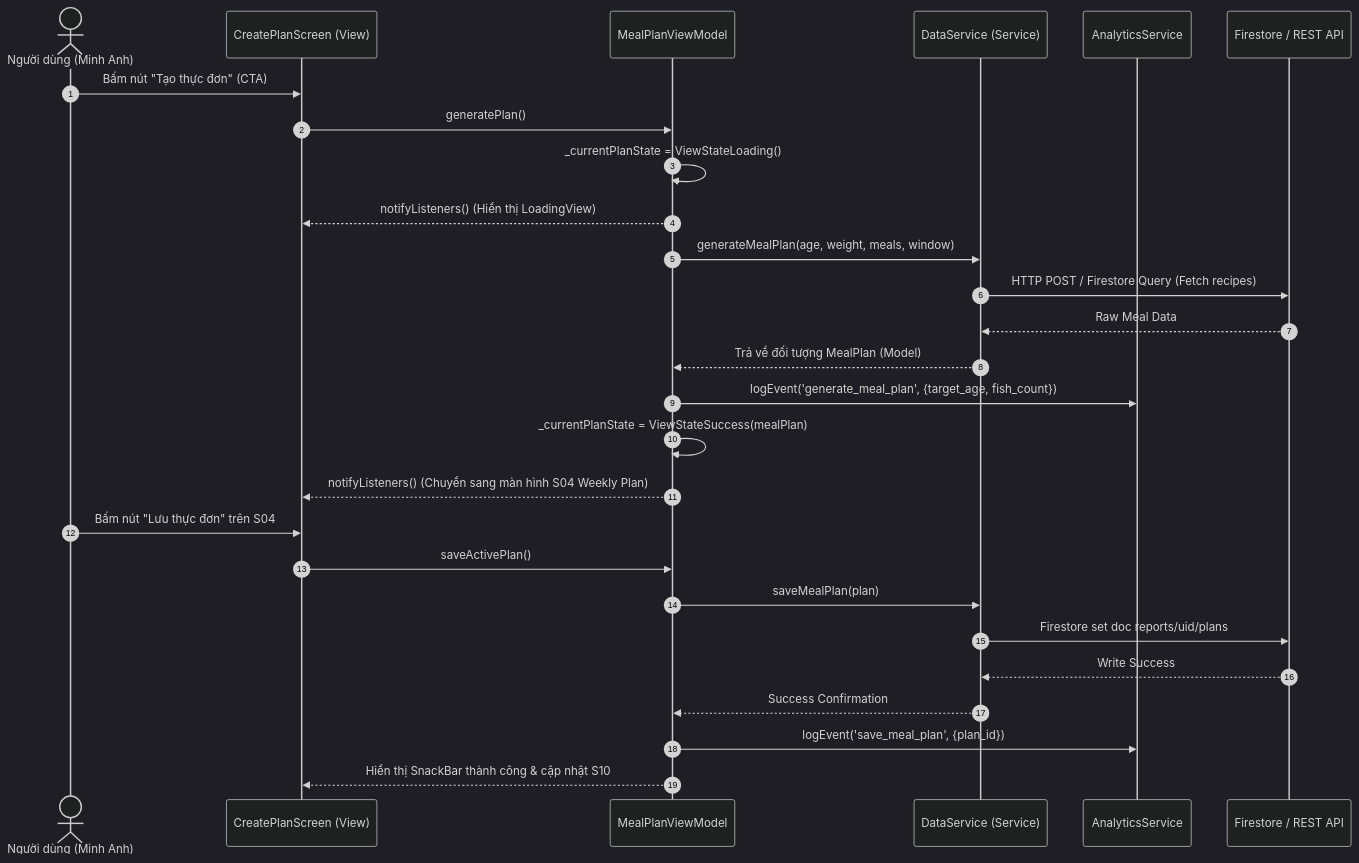
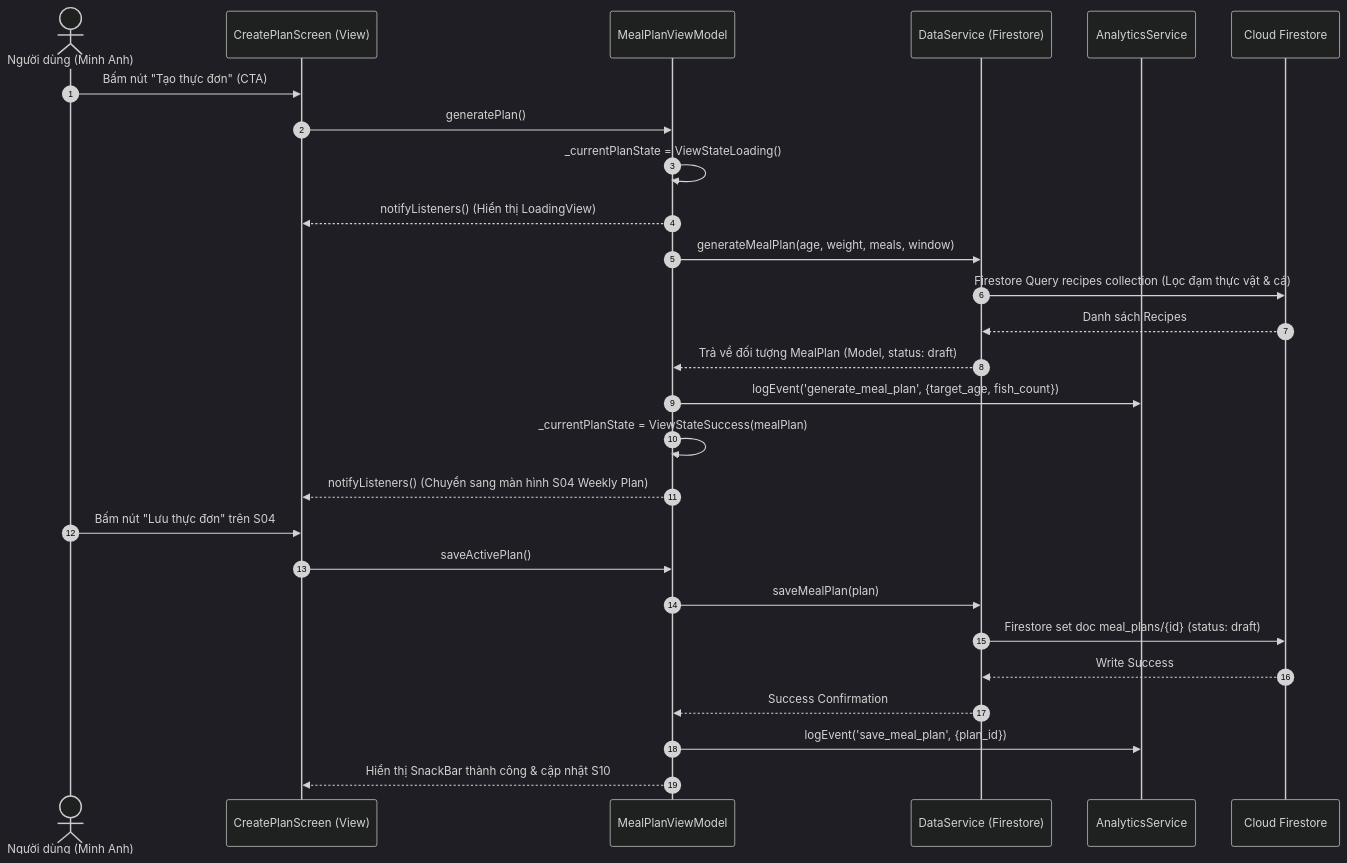
One commit to ruxenb/LongvitaRC changed the second of 2 diagrams in docs/architecture.md. Above: the diagram before and after it, drawn with Mermaid (dark theme). The commit also changed other lines of this file and 41 other files, not shown here.

Commit message:
feat(arch): implement forward-compatible MVVM architecture skeleton with Firestore and Provider DI

````diff
--- a/docs/architecture.md
+++ b/docs/architecture.md
@@ -99,33 +112,33 @@
 ```mermaid
 sequenceDiagram
     autonumber
     actor User as Người dùng (Minh Anh)
     participant S03 as CreatePlanScreen (View)
     participant VM as MealPlanViewModel
-    participant DataSvc as DataService (Service)
+    participant DataSvc as DataService (Firestore)
     participant Analytics as AnalyticsService
-    participant Backend as Firestore / REST API
+    participant Backend as Cloud Firestore
 
     User->>S03: Bấm nút "Tạo thực đơn" (CTA)
     S03->>VM: generatePlan()
     VM->>VM: _currentPlanState = ViewStateLoading()
     VM-->>S03: notifyListeners() (Hiển thị LoadingView)
 
     VM->>DataSvc: generateMealPlan(age, weight, meals, window)
-    DataSvc->>Backend: HTTP POST / Firestore Query (Fetch recipes)
-    Backend-->>DataSvc: Raw Meal Data
-    DataSvc-->>VM: Trả về đối tượng MealPlan (Model)
+    DataSvc->>Backend: Firestore Query recipes collection (Lọc đạm thực vật & cá)
+    Backend-->>DataSvc: Danh sách Recipes
+    DataSvc-->>VM: Trả về đối tượng MealPlan (Model, status: draft)
 
     VM->>Analytics: logEvent('generate_meal_plan', {target_age, fish_count})
     VM->>VM: _currentPlanState = ViewStateSuccess(mealPlan)
     VM-->>S03: notifyListeners() (Chuyển sang màn hình S04 Weekly Plan)
 
     User->>S03: Bấm nút "Lưu thực đơn" trên S04
     S03->>VM: saveActivePlan()
     VM->>DataSvc: saveMealPlan(plan)
-    DataSvc->>Backend: Firestore set doc reports/uid/plans
+    DataSvc->>Backend: Firestore set doc meal_plans/{id} (status: draft)
     Backend-->>DataSvc: Write Success
     DataSvc-->>VM: Success Confirmation
     VM->>Analytics: logEvent('save_meal_plan', {plan_id})
     VM-->>S03: Hiển thị SnackBar thành công & cập nhật S10
 ```
````
